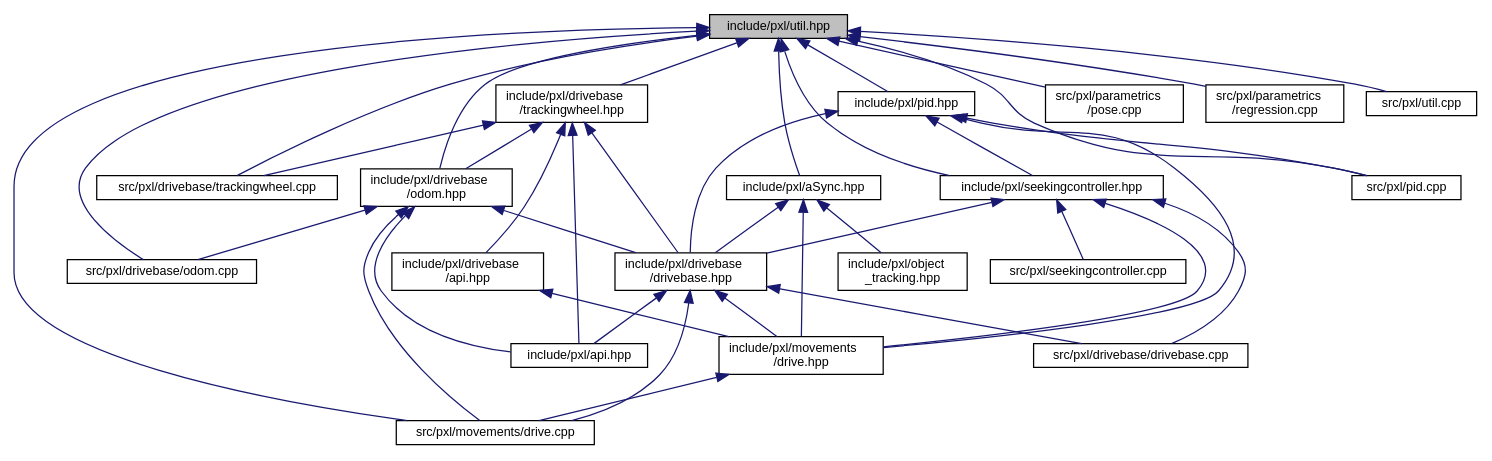
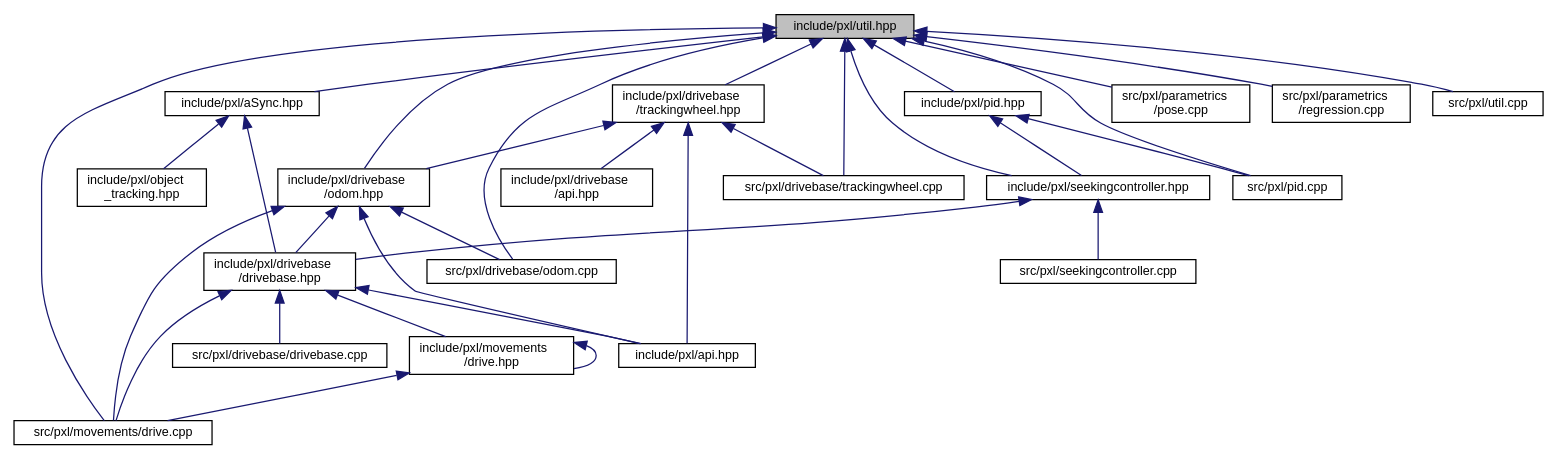
One commit to Pixel-Lib/Pixel changed the diagram in util_8hpp__dep__incl.dot. Above: the diagram before and after it, drawn with Graphviz. The commit also changed 136 other files, not shown here.

```diff
--- a/util_8hpp__dep__incl.dot
+++ b/util_8hpp__dep__incl.dot
@@ -1,64 +1,58 @@
 digraph "include/pxl/util.hpp"
 {
  // LATEX_PDF_SIZE
   edge [fontname="Helvetica",fontsize="10",labelfontname="Helvetica",labelfontsize="10"];
   node [fontname="Helvetica",fontsize="10",shape=record];
   Node1 [label="include/pxl/util.hpp",height=0.2,width=0.4,color="black", fillcolor="grey75", style="filled", fontcolor="black",tooltip=" "];
   Node1 -> Node2 [dir="back",color="midnightblue",fontsize="10",style="solid",fontname="Helvetica"];
   Node2 [label="include/pxl/aSync.hpp",height=0.2,width=0.4,color="black", fillcolor="white", style="filled",URL="$aSync_8hpp.html",tooltip=" "];
   Node2 -> Node3 [dir="back",color="midnightblue",fontsize="10",style="solid",fontname="Helvetica"];
   Node3 [label="include/pxl/drivebase\l/drivebase.hpp",height=0.2,width=0.4,color="black", fillcolor="white", style="filled",URL="$drivebase_8hpp.html",tooltip=" "];
   Node3 -> Node4 [dir="back",color="midnightblue",fontsize="10",style="solid",fontname="Helvetica"];
   Node4 [label="include/pxl/api.hpp",height=0.2,width=0.4,color="black", fillcolor="white", style="filled",URL="$api_8hpp.html",tooltip=" "];
   Node3 -> Node5 [dir="back",color="midnightblue",fontsize="10",style="solid",fontname="Helvetica"];
   Node5 [label="include/pxl/movements\l/drive.hpp",height=0.2,width=0.4,color="black", fillcolor="white", style="filled",URL="$drive_8hpp.html",tooltip=" "];
+  Node5 -> Node5 [dir="back",color="midnightblue",fontsize="10",style="solid",fontname="Helvetica"];
   Node5 -> Node6 [dir="back",color="midnightblue",fontsize="10",style="solid",fontname="Helvetica"];
   Node6 [label="src/pxl/movements/drive.cpp",height=0.2,width=0.4,color="black", fillcolor="white", style="filled",URL="$drive_8cpp.html",tooltip=" "];
   Node3 -> Node7 [dir="back",color="midnightblue",fontsize="10",style="solid",fontname="Helvetica"];
   Node7 [label="src/pxl/drivebase/drivebase.cpp",height=0.2,width=0.4,color="black", fillcolor="white", style="filled",URL="$drivebase_8cpp.html",tooltip=" "];
   Node3 -> Node6 [dir="back",color="midnightblue",fontsize="10",style="solid",fontname="Helvetica"];
-  Node2 -> Node5 [dir="back",color="midnightblue",fontsize="10",style="solid",fontname="Helvetica"];
   Node2 -> Node8 [dir="back",color="midnightblue",fontsize="10",style="solid",fontname="Helvetica"];
   Node8 [label="include/pxl/object\l_tracking.hpp",height=0.2,width=0.4,color="black", fillcolor="white", style="filled",URL="$object__tracking_8hpp.html",tooltip=" "];
   Node1 -> Node9 [dir="back",color="midnightblue",fontsize="10",style="solid",fontname="Helvetica"];
   Node9 [label="include/pxl/drivebase\l/odom.hpp",height=0.2,width=0.4,color="black", fillcolor="white", style="filled",URL="$odom_8hpp.html",tooltip=" "];
   Node9 -> Node4 [dir="back",color="midnightblue",fontsize="10",style="solid",fontname="Helvetica"];
   Node9 -> Node3 [dir="back",color="midnightblue",fontsize="10",style="solid",fontname="Helvetica"];
   Node9 -> Node10 [dir="back",color="midnightblue",fontsize="10",style="solid",fontname="Helvetica"];
   Node10 [label="src/pxl/drivebase/odom.cpp",height=0.2,width=0.4,color="black", fillcolor="white", style="filled",URL="$odom_8cpp.html",tooltip=" "];
   Node9 -> Node6 [dir="back",color="midnightblue",fontsize="10",style="solid",fontname="Helvetica"];
   Node1 -> Node11 [dir="back",color="midnightblue",fontsize="10",style="solid",fontname="Helvetica"];
   Node11 [label="include/pxl/drivebase\l/trackingwheel.hpp",height=0.2,width=0.4,color="black", fillcolor="white", style="filled",URL="$trackingwheel_8hpp.html",tooltip=" "];
   Node11 -> Node4 [dir="back",color="midnightblue",fontsize="10",style="solid",fontname="Helvetica"];
   Node11 -> Node12 [dir="back",color="midnightblue",fontsize="10",style="solid",fontname="Helvetica"];
   Node12 [label="include/pxl/drivebase\l/api.hpp",height=0.2,width=0.4,color="black", fillcolor="white", style="filled",URL="$drivebase_2api_8hpp.html",tooltip=" "];
-  Node12 -> Node5 [dir="back",color="midnightblue",fontsize="10",style="solid",fontname="Helvetica"];
-  Node11 -> Node3 [dir="back",color="midnightblue",fontsize="10",style="solid",fontname="Helvetica"];
   Node11 -> Node9 [dir="back",color="midnightblue",fontsize="10",style="solid",fontname="Helvetica"];
   Node11 -> Node13 [dir="back",color="midnightblue",fontsize="10",style="solid",fontname="Helvetica"];
   Node13 [label="src/pxl/drivebase/trackingwheel.cpp",height=0.2,width=0.4,color="black", fillcolor="white", style="filled",URL="$trackingwheel_8cpp.html",tooltip=" "];
   Node1 -> Node14 [dir="back",color="midnightblue",fontsize="10",style="solid",fontname="Helvetica"];
   Node14 [label="include/pxl/pid.hpp",height=0.2,width=0.4,color="black", fillcolor="white", style="filled",URL="$pid_8hpp.html",tooltip=" "];
-  Node14 -> Node3 [dir="back",color="midnightblue",fontsize="10",style="solid",fontname="Helvetica"];
-  Node14 -> Node5 [dir="back",color="midnightblue",fontsize="10",style="solid",fontname="Helvetica"];
   Node14 -> Node15 [dir="back",color="midnightblue",fontsize="10",style="solid",fontname="Helvetica"];
   Node15 [label="include/pxl/seekingcontroller.hpp",height=0.2,width=0.4,color="black", fillcolor="white", style="filled",URL="$seekingcontroller_8hpp.html",tooltip=" "];
   Node15 -> Node3 [dir="back",color="midnightblue",fontsize="10",style="solid",fontname="Helvetica"];
-  Node15 -> Node5 [dir="back",color="midnightblue",fontsize="10",style="solid",fontname="Helvetica"];
-  Node15 -> Node7 [dir="back",color="midnightblue",fontsize="10",style="solid",fontname="Helvetica"];
   Node15 -> Node16 [dir="back",color="midnightblue",fontsize="10",style="solid",fontname="Helvetica"];
   Node16 [label="src/pxl/seekingcontroller.cpp",height=0.2,width=0.4,color="black", fillcolor="white", style="filled",URL="$seekingcontroller_8cpp.html",tooltip=" "];
   Node14 -> Node17 [dir="back",color="midnightblue",fontsize="10",style="solid",fontname="Helvetica"];
   Node17 [label="src/pxl/pid.cpp",height=0.2,width=0.4,color="black", fillcolor="white", style="filled",URL="$pid_8cpp.html",tooltip=" "];
   Node1 -> Node15 [dir="back",color="midnightblue",fontsize="10",style="solid",fontname="Helvetica"];
   Node1 -> Node10 [dir="back",color="midnightblue",fontsize="10",style="solid",fontname="Helvetica"];
   Node1 -> Node13 [dir="back",color="midnightblue",fontsize="10",style="solid",fontname="Helvetica"];
   Node1 -> Node6 [dir="back",color="midnightblue",fontsize="10",style="solid",fontname="Helvetica"];
   Node1 -> Node18 [dir="back",color="midnightblue",fontsize="10",style="solid",fontname="Helvetica"];
   Node18 [label="src/pxl/parametrics\l/pose.cpp",height=0.2,width=0.4,color="black", fillcolor="white", style="filled",URL="$pose_8cpp.html",tooltip=" "];
   Node1 -> Node19 [dir="back",color="midnightblue",fontsize="10",style="solid",fontname="Helvetica"];
   Node19 [label="src/pxl/parametrics\l/regression.cpp",height=0.2,width=0.4,color="black", fillcolor="white", style="filled",URL="$regression_8cpp.html",tooltip=" "];
   Node1 -> Node17 [dir="back",color="midnightblue",fontsize="10",style="solid",fontname="Helvetica"];
   Node1 -> Node20 [dir="back",color="midnightblue",fontsize="10",style="solid",fontname="Helvetica"];
   Node20 [label="src/pxl/util.cpp",height=0.2,width=0.4,color="black", fillcolor="white", style="filled",URL="$util_8cpp.html",tooltip=" "];
 }
```
